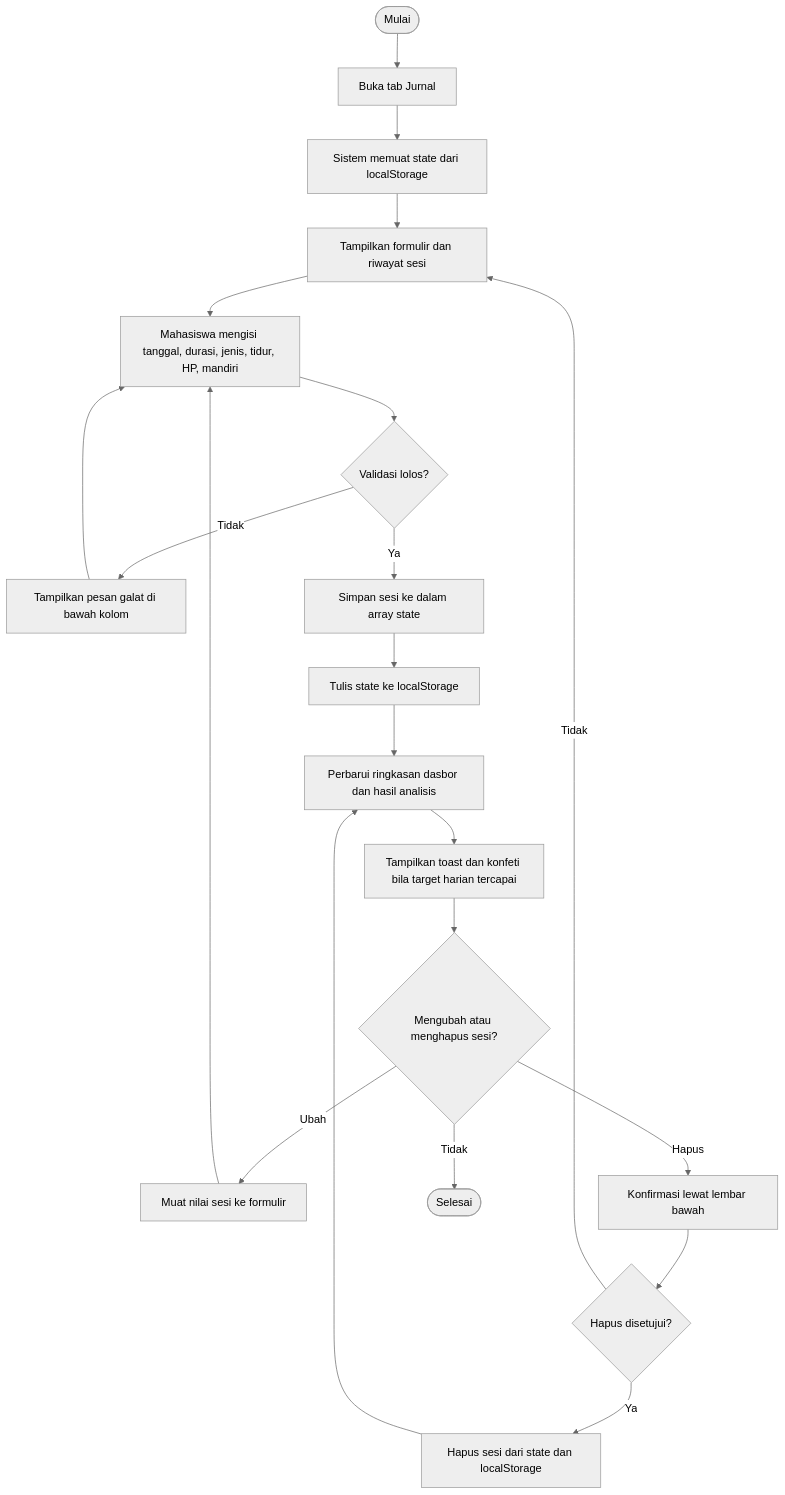
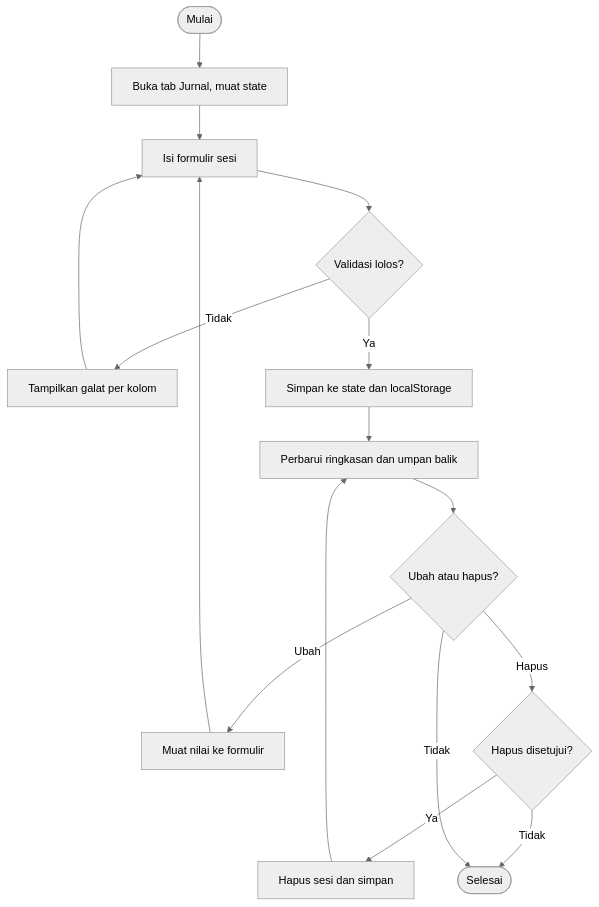
The second of 12 diagrams in laporan/tahap-3-perancangan-uml.md (whitefoxrakka-cloud/studytrack-ssd30-progress), drawn with Mermaid (neutral theme) before and after one commit. The commit also changed other lines of this file and 10 other files, not shown here.

````diff
--- a/laporan/tahap-3-perancangan-uml.md
+++ b/laporan/tahap-3-perancangan-uml.md
@@ -143,23 +144,19 @@
 ```mermaid
+%%%%{init: {"flowchart": {"wrappingWidth": 340, "nodeSpacing": 45, "rankSpacing": 50}}}%%%%
 flowchart TD
-  A([Mulai]) --> B[Buka tab Jurnal]
-  B --> C[Sistem memuat state dari localStorage]
-  C --> D[Tampilkan formulir dan riwayat sesi]
-  D --> E[Mahasiswa mengisi tanggal, durasi, jenis, tidur, HP, mandiri]
-  E --> F{Validasi lolos?}
-  F -->|Tidak| G[Tampilkan pesan galat di bawah kolom]
-  G --> E
-  F -->|Ya| H[Simpan sesi ke dalam array state]
-  H --> I[Tulis state ke localStorage]
-  I --> J[Perbarui ringkasan dasbor dan hasil analisis]
-  J --> K[Tampilkan toast dan konfeti bila target harian tercapai]
-  K --> L{Mengubah atau menghapus sesi?}
-  L -->|Ubah| M[Muat nilai sesi ke formulir]
-  M --> E
-  L -->|Hapus| N[Konfirmasi lewat lembar bawah]
-  N --> O{Hapus disetujui?}
-  O -->|Tidak| D
-  O -->|Ya| P[Hapus sesi dari state dan localStorage]
-  P --> J
-  L -->|Tidak| Q([Selesai])
+  A([Mulai]) --> B[Buka tab Jurnal, muat state]
+  B --> C[Isi formulir sesi]
+  C --> D{Validasi lolos?}
+  D -->|Tidak| E[Tampilkan galat per kolom]
+  E --> C
+  D -->|Ya| F[Simpan ke state dan localStorage]
+  F --> G[Perbarui ringkasan dan umpan balik]
+  G --> H{Ubah atau hapus?}
+  H -->|Ubah| I[Muat nilai ke formulir]
+  I --> C
+  H -->|Hapus| J{Hapus disetujui?}
+  J -->|Ya| K[Hapus sesi dan simpan]
+  K --> G
+  J -->|Tidak| L([Selesai])
+  H -->|Tidak| L
 ```
````
